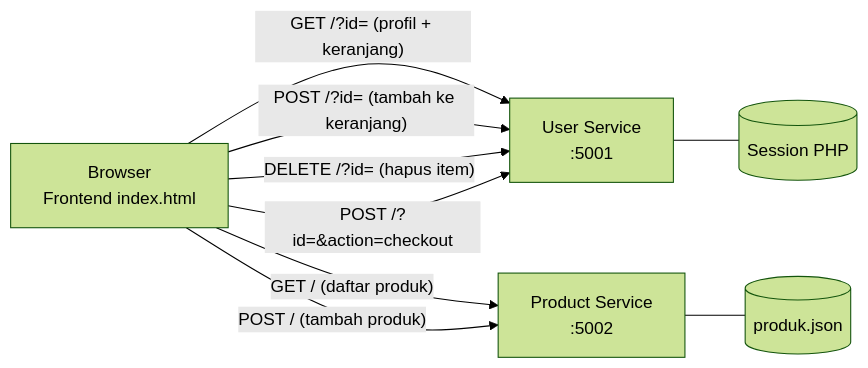
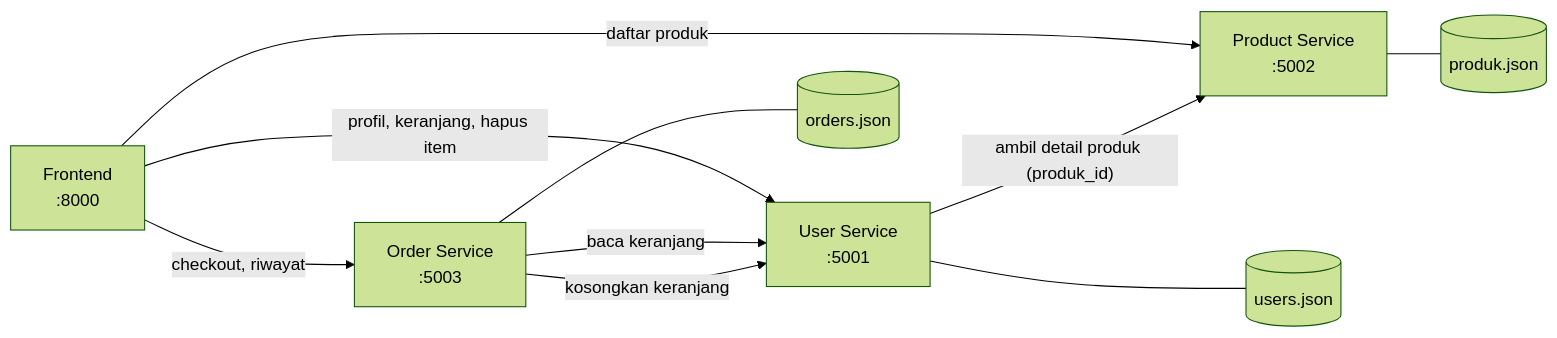
Before and after one commit to bijiapel139-zka/project-microservices: the first of 5 diagrams in web-microservice-native/docs/arsitektur.md, drawn with Mermaid (forest theme). The commit also changed other lines of this file, not shown here.

First line of the commit message:
Revise architecture documentation for microservices

````diff
--- a/web-microservice-native/docs/arsitektur.md
+++ b/web-microservice-native/docs/arsitektur.md
@@ -18,18 +18,22 @@
 ```mermaid
 flowchart LR
-    B[Browser<br/>Frontend index.html]
+    F[Frontend<br/>:8000]
     U[User Service<br/>:5001]
     P[Product Service<br/>:5002]
-    S[(Session PHP)]
-    J[(produk.json)]
+    O[Order Service<br/>:5003]
+    UD[(users.json)]
+    PD[(produk.json)]
+    OD[(orders.json)]
 
-    B -- "GET /?id= (profil + keranjang)" --> U
-    B -- "POST /?id= (tambah ke keranjang)" --> U
-    B -- "DELETE /?id= (hapus item)" --> U
-    B -- "POST /?id=&action=checkout" --> U
-    U --- S
+    F -- "profil, keranjang, hapus item" --> U
+    F -- "daftar produk" --> P
+    F -- "checkout, riwayat" --> O
 
-    B -- "GET / (daftar produk)" --> P
-    B -- "POST / (tambah produk)" --> P
-    P --- J
+    U -- "ambil detail produk (produk_id)" --> P
+    O -- "baca keranjang" --> U
+    O -- "kosongkan keranjang" --> U
+
+    U --- UD
+    P --- PD
+    O --- OD
 ```
````
